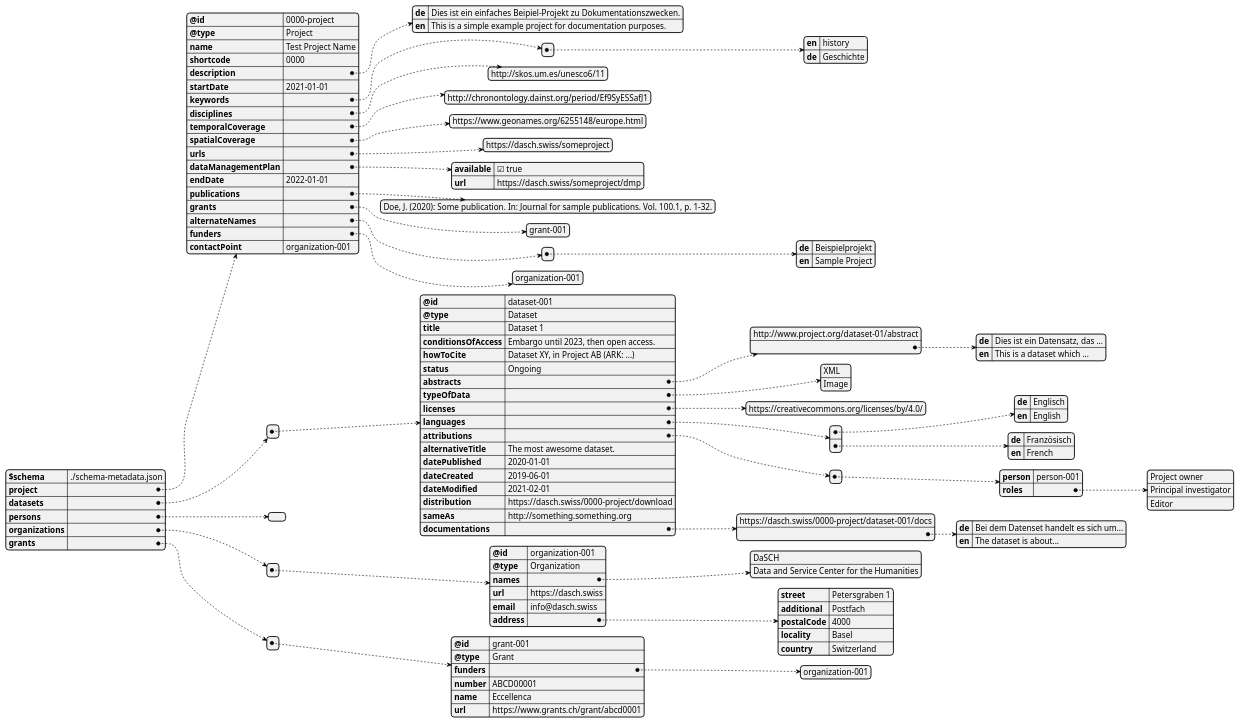
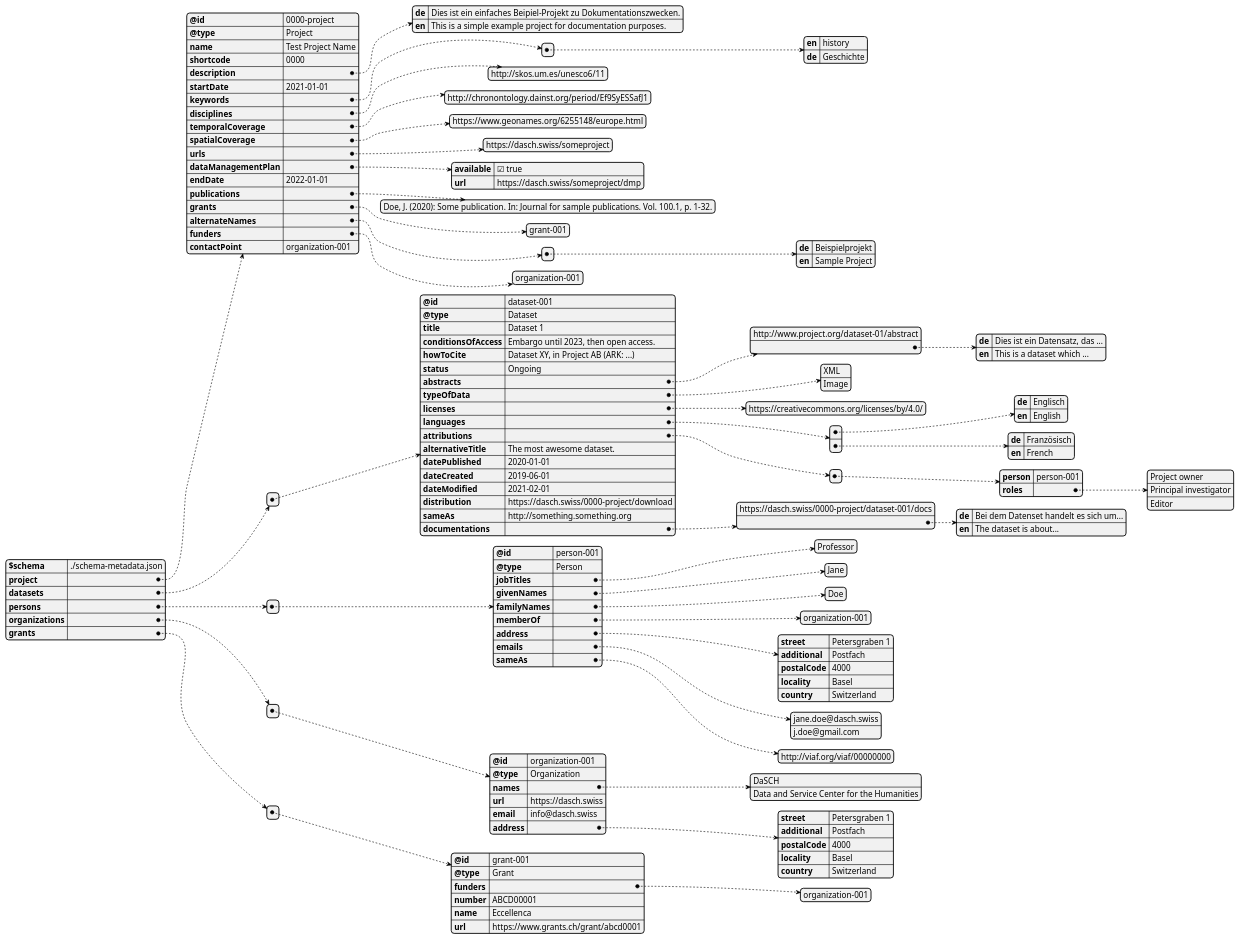
Before and after one commit to dasch-swiss/dasch-service-platform: the diagram in docs/services/metadata/api-example.puml, drawn with PlantUML. The commit also changed 6 other files, not shown here.

```diff
--- a/docs/services/metadata/api-example.puml
+++ b/docs/services/metadata/api-example.puml
@@ -1,147 +1,178 @@
 @startjson API-Example
 
 {
   "$schema": "./schema-metadata.json",
   "project": {
     "@id": "0000-project",
     "@type": "Project",
     "name": "Test Project Name",
     "shortcode": "0000",
     "description": {
       "de": "Dies ist ein einfaches Beipiel-Projekt zu Dokumentationszwecken.",
       "en": "This is a simple example project for documentation purposes."
     },
     "startDate": "2021-01-01",
     "keywords": [
       {
         "en": "history",
         "de": "Geschichte"
       }
     ],
     "disciplines": [
       "http://skos.um.es/unesco6/11"
     ],
     "temporalCoverage": [
       "http://chronontology.dainst.org/period/Ef9SyESSafJ1"
     ],
     "spatialCoverage": [
       "https://www.geonames.org/6255148/europe.html"
     ],
     "urls": [
       "https://dasch.swiss/someproject"
     ],
     "dataManagementPlan": {
       "available": true,
       "url": "https://dasch.swiss/someproject/dmp"
     },
     "endDate": "2022-01-01",
     "publications": [
       "Doe, J. (2020): Some publication. In: Journal for sample publications. Vol. 100.1, p. 1-32."
     ],
     "grants": [
       "grant-001"
     ],
     "alternateNames": [
       {
         "de": "Beispielprojekt",
         "en": "Sample Project"
       }
     ],
     "funders": [
       "organization-001"
     ],
     "contactPoint": "organization-001"
   },
   "datasets": [
     {
       "@id": "dataset-001",
       "@type": "Dataset",
       "title": "Dataset 1",
       "conditionsOfAccess": "Embargo until 2023, then open access.",
       "howToCite": "Dataset XY, in Project AB (ARK: ...)",
       "status": "Ongoing",
       "abstracts": [
         "http://www.project.org/dataset-01/abstract",
         {
           "de": "Dies ist ein Datensatz, das ...",
           "en": "This is a dataset which ..."
         }
       ],
       "typeOfData": [
         "XML",
         "Image"
       ],
       "licenses": [
         "https://creativecommons.org/licenses/by/4.0/"
       ],
       "languages": [
         {
           "de": "Englisch",
           "en": "English"
         },
         {
           "de": "Französisch",
           "en": "French"
         }
       ],
       "attributions": [
         {
           "person": "person-001",
           "roles": [
             "Project owner",
             "Principal investigator",
             "Editor"
           ]
         }
       ],
       "alternativeTitle": "The most awesome dataset.",
       "datePublished": "2020-01-01",
       "dateCreated": "2019-06-01",
       "dateModified": "2021-02-01",
       "distribution": "https://dasch.swiss/0000-project/download",
       "sameAs": "http://something.something.org",
       "documentations": [
         "https://dasch.swiss/0000-project/dataset-001/docs",
         {
           "de": "Bei dem Datenset handelt es sich um...",
           "en": "The dataset is about..."
         }
       ]
     }
   ],
-  "persons": [],
+  "persons": [
+    {
+      "@id": "person-001",
+      "@type": "Person",
+      "jobTitles": [
+        "Professor"
+      ],
+      "givenNames": [
+        "Jane"
+      ],
+      "familyNames": [
+        "Doe"
+      ],
+      "memberOf": [
+        "organization-001"
+      ],
+      "address": {
+        "street": "Petersgraben 1",
+        "additional": "Postfach",
+        "postalCode": "4000",
+        "locality": "Basel",
+        "country": "Switzerland"
+      },
+      "emails": [
+        "jane.doe@dasch.swiss",
+        "j.doe@gmail.com"
+      ],
+      "sameAs": [
+        "http://viaf.org/viaf/00000000"
+      ]
+    }
+  ],
   "organizations": [
     {
       "@id": "organization-001",
       "@type": "Organization",
       "names": [
         "DaSCH",
         "Data and Service Center for the Humanities"
       ],
       "url": "https://dasch.swiss",
       "email": "info@dasch.swiss",
       "address": {
         "street": "Petersgraben 1",
         "additional": "Postfach",
         "postalCode": "4000",
         "locality": "Basel",
         "country": "Switzerland"
       }
     }
   ],
   "grants": [
     {
       "@id": "grant-001",
       "@type": "Grant",
       "funders": [
         "organization-001"
       ],
       "number": "ABCD00001",
       "name": "Eccellenca",
       "url": "https://www.grants.ch/grant/abcd0001"
     }
   ]
 }
 
 
 @endjson
```
